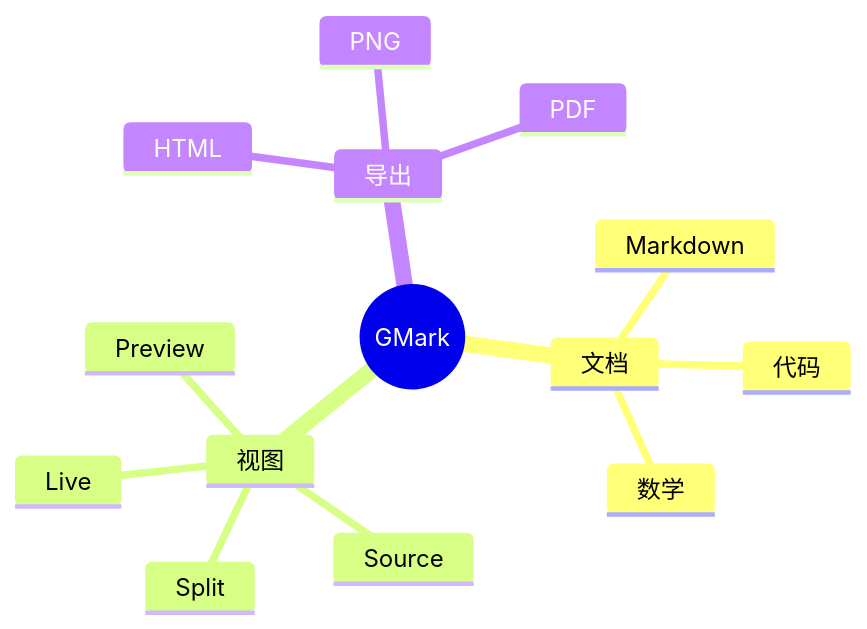
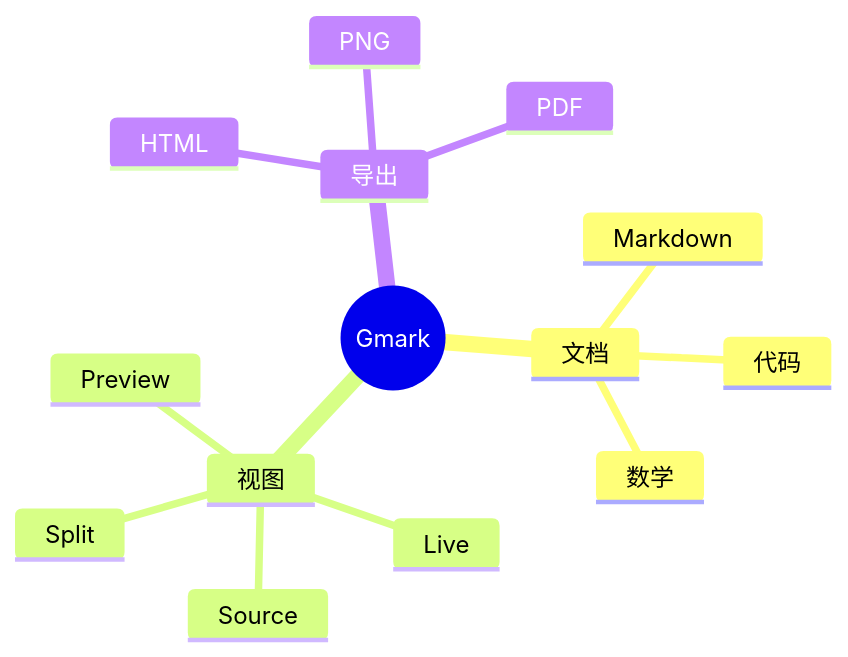
The tenth of 11 diagrams in gmark-docs/markdown/04-mermaid.md (kongweiguang/gmark), drawn with Mermaid before and after one commit. The commit also changed other lines of this file and 339 other files, not shown here.

````diff
--- a/gmark-docs/markdown/04-mermaid.md
+++ b/gmark-docs/markdown/04-mermaid.md
@@ -151,17 +151,17 @@
 ```mermaid
 mindmap
-  root((GMark))
+  root((Gmark))
     文档
       Markdown
       代码
       数学
     视图
       Live
       Source
       Split
       Preview
     导出
       HTML
       PNG
       PDF
 ```
````
